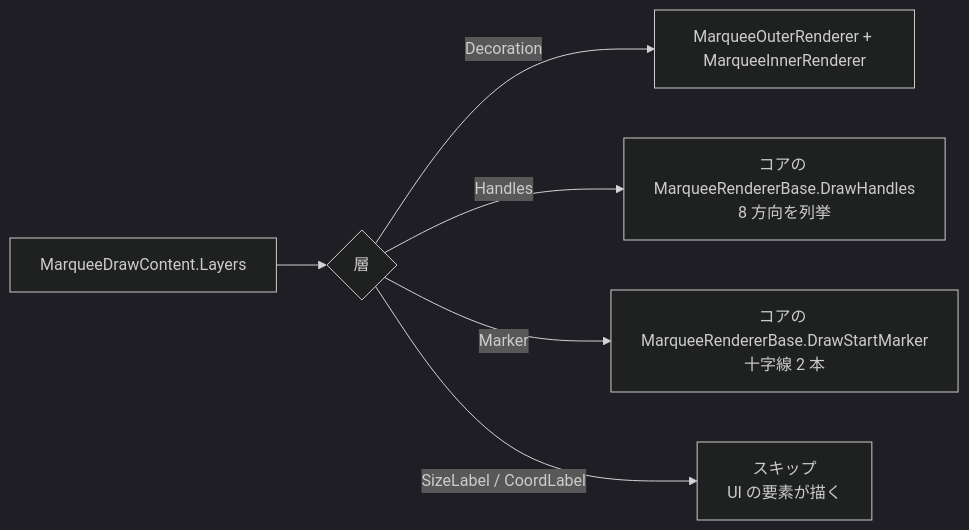
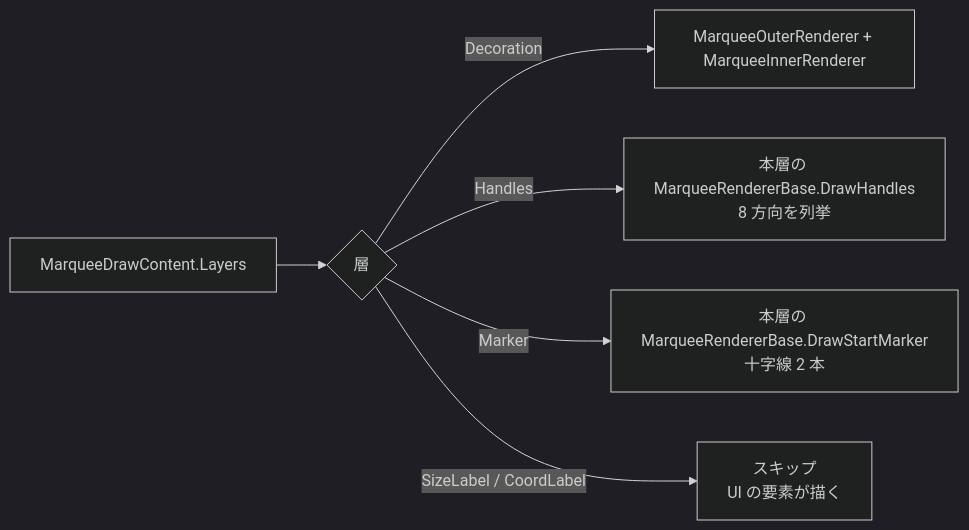
Before and after one commit to tomokuni/SaveEvidence: the second of 4 diagrams in src/MarqueeControl.UIBase/SPEC_System.md, drawn with Mermaid (dark theme). The commit also changed other lines of this file and 67 other files, not shown here.

````diff
--- a/src/MarqueeControl.UIBase/SPEC_System.md
+++ b/src/MarqueeControl.UIBase/SPEC_System.md
@@ -74,8 +74,8 @@
 ```mermaid
 flowchart LR
     A[MarqueeDrawContent.Layers] --> B{層}
     B -->|Decoration| C[MarqueeOuterRenderer + MarqueeInnerRenderer]
-    B -->|Handles| D[コアの MarqueeRendererBase.DrawHandles<br/>8 方向を列挙]
-    B -->|Marker| E[コアの MarqueeRendererBase.DrawStartMarker<br/>十字線 2 本]
+    B -->|Handles| D[本層の MarqueeRendererBase.DrawHandles<br/>8 方向を列挙]
+    B -->|Marker| E[本層の MarqueeRendererBase.DrawStartMarker<br/>十字線 2 本]
     B -->|SizeLabel / CoordLabel| F[スキップ<br/>UI の要素が描く]
 ```
````
